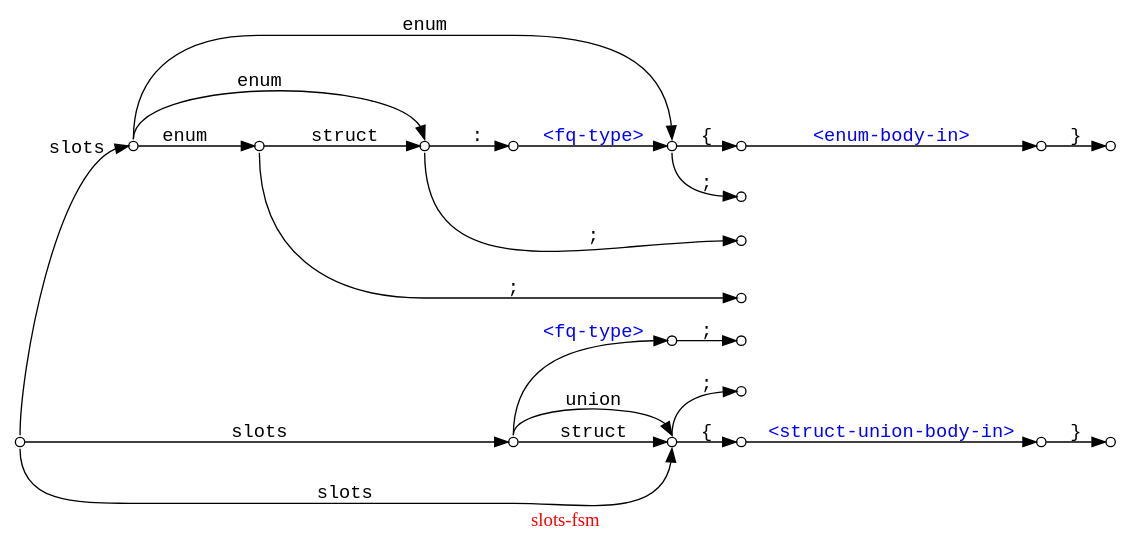
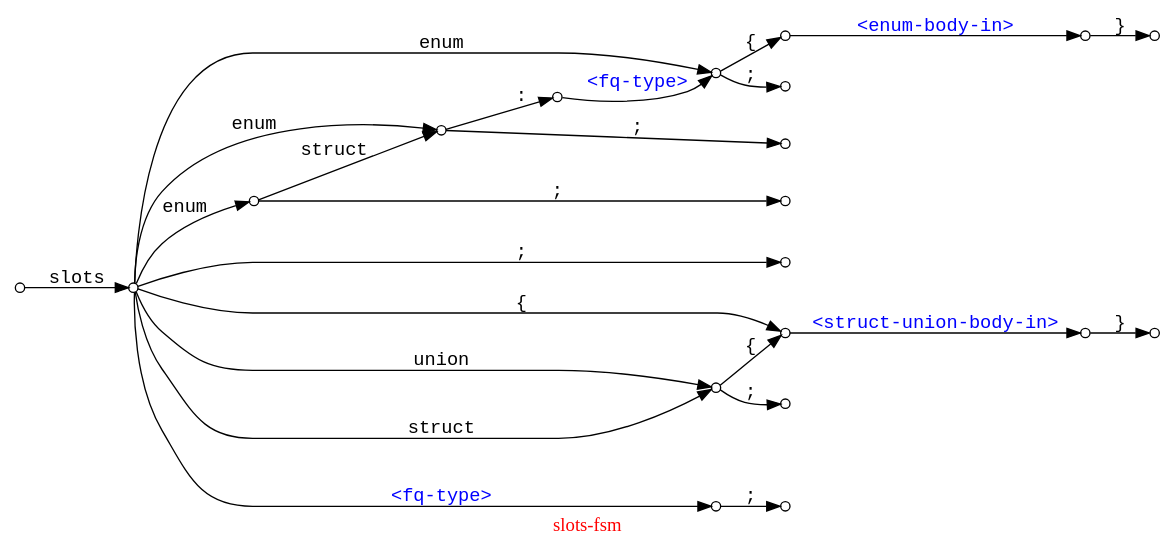
The diagram in slots-fsm.dot (Ayyzee/dakota), drawn with Graphviz before and after one commit.

Commit message:
More cleanup of slots-fsm.dot.

```diff
--- a/slots-fsm.dot
+++ b/slots-fsm.dot
@@ -1,71 +1,68 @@
 // -*- mode: c++ -*-
 
 // slots <fq-type> ;
 
 // slots        ;
 // slots        { ... }
 // slots struct ;
 // slots struct { ... }
 // slots union  ;
 // slots union  { ... }
 
 // slots enum                    ;
 // slots enum                    { ... }
 // slots enum        : <fq-type> ;
 // slots enum        : <fq-type> { ... }
 // slots enum struct             ;
 // slots enum struct             { ... }
 // slots enum struct : <fq-type> ;
 // slots enum struct : <fq-type> { ... }
 
 digraph "slots-fsm" {
   graph [ rankdir = LR, label = "\G", fontcolor = red ];
   edge [ fontname = "courier" ];
   node [ shape = circle, fontsize = 12, width = 0.3, fixedsize = true ];
   node [ label = "", width = 0.1 ];
 
-  000:n -> 010:w [ label = "slots", weigth = 5 ];
-  010 -> 020 [ label = "enum", weight = 5 ];
-  010:n -> 030:n [ label = "enum" ];
-  010:n -> 050:n [ label = "enum" ];
-  020 -> 030 [ label = "struct", weight = 5 ];
-  020:s -> 025:w [ label = ";" ];
-  030 -> 040 [ label = ":", weight = 5 ];
-  030:s -> 035:w [ label = ";" ];
-  040 -> 050 [ label = "<fq-type>", fontcolor = blue, weight = 5 ];
-  050:s -> 055:w [ label = ";" ];
-  050 -> 060 [ label = "{", weight = 5 ];
+  000 -> 010 [ label = "slots" ];
+  010 -> 020 [ label = "enum" ];
+  010 -> 030 [ label = "enum" ];
+  010 -> 050 [ label = "enum" ];
+  020 -> 030 [ label = "struct" ];
+  010 -> 015 [ label = ";" ];
+  020 -> 025 [ label = ";" ];
+  030 -> 040 [ label = ":" ];
+  030 -> 035 [ label = ";" ];
+  040 -> 050 [ label = "<fq-type>", fontcolor = blue ];
+  050 -> 060 [ label = "{" ];
+  050 -> 055 [ label = ";" ];
   060 -> 070 [ label = "<enum-body-in>", fontcolor = blue ];
   070 -> 080 [ label = "}" ];
 
-  000:s -> 100:s [ label = "slots" ];
-  140 -> 100 [ label = "struct", weight = 5 ];
-  140:n -> 100:n [ label = "union" ];
-  100 -> 110 [ label = "{", weight = 5 ];
-  100:n -> 105:w [ label = ";" ];
+  010 -> 100 [ label = "union" ];
+  010 -> 100 [ label = "struct" ];
+  010 -> 110 [ label = "{" ];
+  100 -> 110 [ label = "{" ];
+  100 -> 105 [ label = ";" ];
   110 -> 120 [ label = "<struct-union-body-in>", fontcolor = blue ];
   120 -> 130 [ label = "}" ];
 
-  000 -> 140 [ label = "slots", weight = 3 ];
-  140:n -> 150:w [ label = "<fq-type>", fontcolor = blue ];
-  150 -> 155 [ label = ";", weight = 2 ];
+  010 -> 140 [ label = "<fq-type>", fontcolor = blue ];
+  140 -> 145 [ label = ";" ];
 
   subgraph {
     graph [ rank = same ];
     050;
     100;
-  }
-  subgraph {
-    graph [ rank = same ];
-    040;
     140;
   }
   subgraph {
     graph [ rank = same ];
+    015;
     025;
     035;
     055;
     105;
-    155;
+    145;
   }
 }
```
